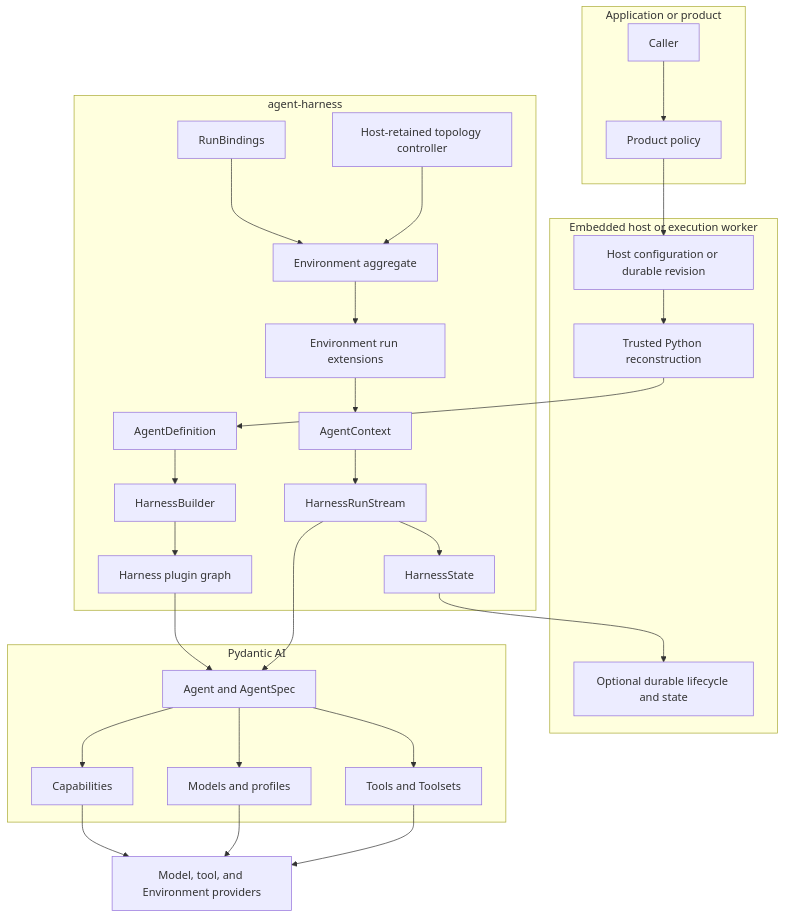
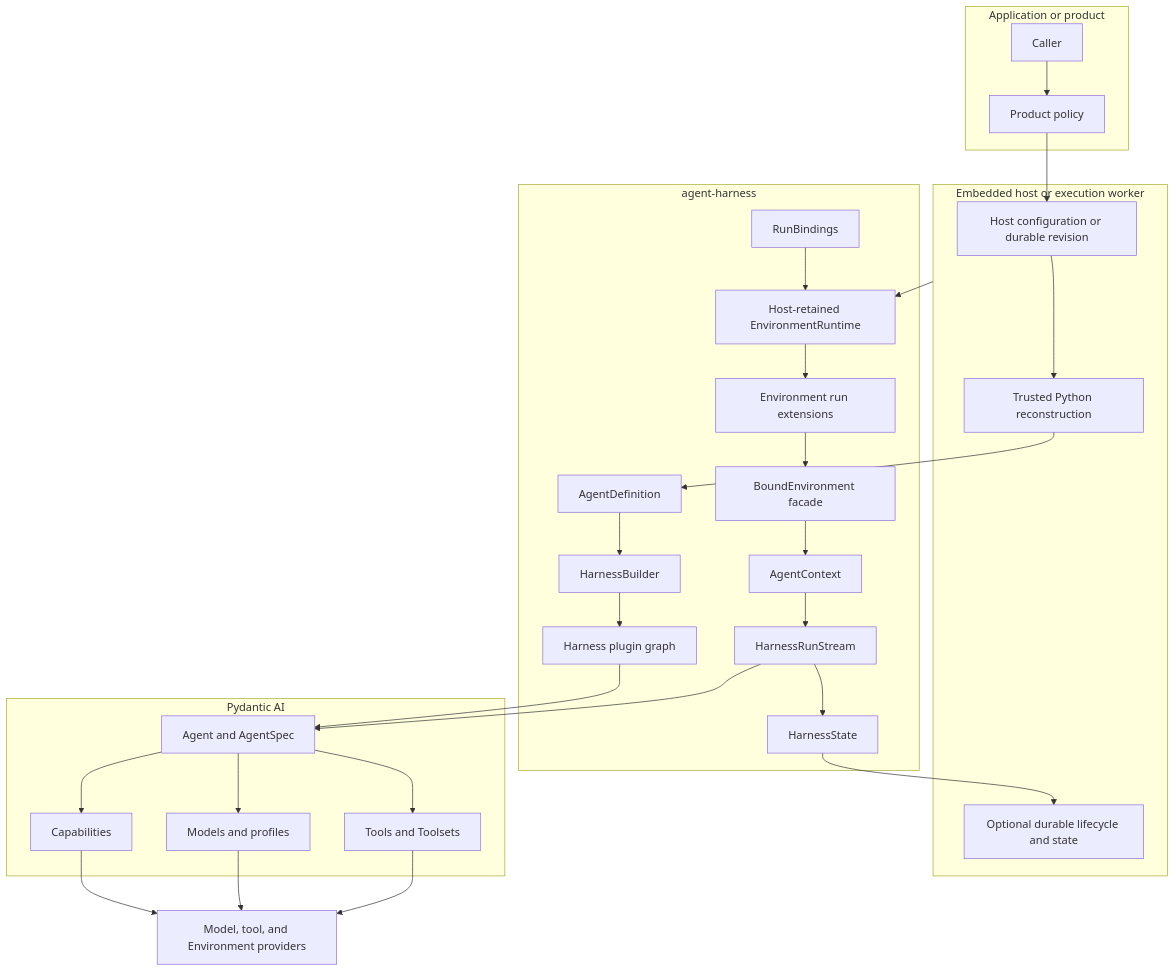
One commit to LTThreeComma/agent-foundation changed the first of 2 diagrams in spec/agent-harness/00-overview.md. Above: the diagram before and after it, drawn with Mermaid. The commit also changed other lines of this file and 135 other files, not shown here.

Commit message:
refactor(environment): adopt runtime mount model (#56)

````diff
--- a/spec/agent-harness/00-overview.md
+++ b/spec/agent-harness/00-overview.md
@@ -28,42 +28,42 @@
 ```mermaid
 flowchart TB
     subgraph Product[Application or product]
         Caller[Caller]
         Policy[Product policy]
     end
 
     subgraph Host[Embedded host or execution worker]
         DefinitionSource[Host configuration or durable revision]
         Reconstruct[Trusted Python reconstruction]
         Durable[Optional durable lifecycle and state]
     end
 
     subgraph Harness[agent-harness]
         Definition[AgentDefinition]
         Builder[HarnessBuilder]
         Plugins[Harness plugin graph]
         Bindings[RunBindings]
         Context[AgentContext]
-        Environment[Environment aggregate]
+        Runtime[Host-retained EnvironmentRuntime]
+        Environment[BoundEnvironment facade]
         Extensions[Environment run extensions]
-        Controller[Host-retained topology controller]
         Stream[HarnessRunStream]
         State[HarnessState]
     end
 
     subgraph Pydantic[Pydantic AI]
         Agent[Agent and AgentSpec]
         Capabilities[Capabilities]
         Models[Models and profiles]
         Toolsets[Tools and Toolsets]
     end
 
     Providers[Model, tool, and Environment providers]
 
     Caller --> Policy --> DefinitionSource --> Reconstruct --> Definition
     Definition --> Builder --> Plugins --> Agent
-    Bindings --> Environment --> Extensions --> Context --> Stream --> Agent
-    Controller --> Environment
+    Bindings --> Runtime --> Extensions --> Environment --> Context --> Stream --> Agent
+    Host --> Runtime
     Agent --> Capabilities & Models & Toolsets --> Providers
     Stream --> State --> Durable
 ```
````
